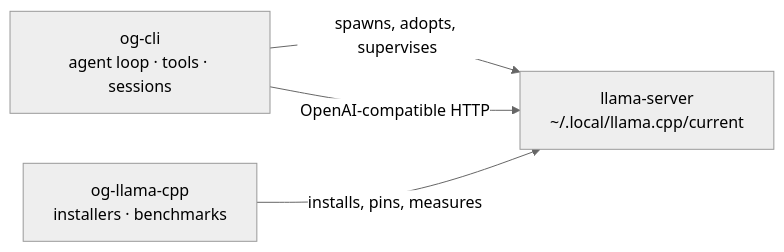
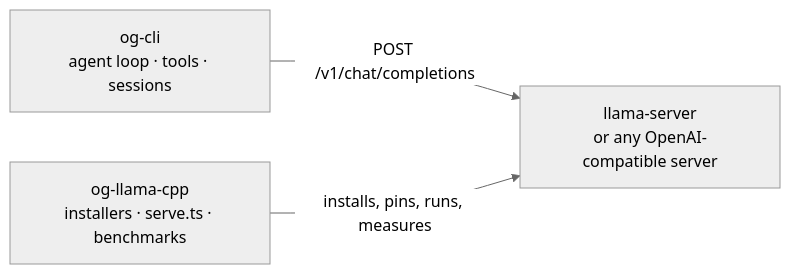
One commit to hjawhar/og-ai changed the diagram in README.md. Above: the diagram before and after it, drawn with Mermaid (neutral theme). The commit also changed other lines of this file and 1 other file, not shown here.

First line of the commit message:
docs: state the HTTP-only boundary in AGENTS.md and the root README

````diff
--- a/README.md
+++ b/README.md
@@ -22,9 +23,8 @@
 ```mermaid
 graph LR
     CLI["og-cli<br/>agent loop · tools · sessions"]
-    ENG["og-llama-cpp<br/>installers · benchmarks"]
-    SRV["llama-server<br/>~/.local/llama.cpp/current"]
-    CLI -->|"spawns, adopts, supervises"| SRV
-    CLI -->|"OpenAI-compatible HTTP"| SRV
-    ENG -->|"installs, pins, measures"| SRV
+    ENG["og-llama-cpp<br/>installers · serve.ts · benchmarks"]
+    SRV["llama-server<br/>or any OpenAI-compatible server"]
+    CLI -->|"POST /v1/chat/completions"| SRV
+    ENG -->|"installs, pins, runs, measures"| SRV
 ```
````
